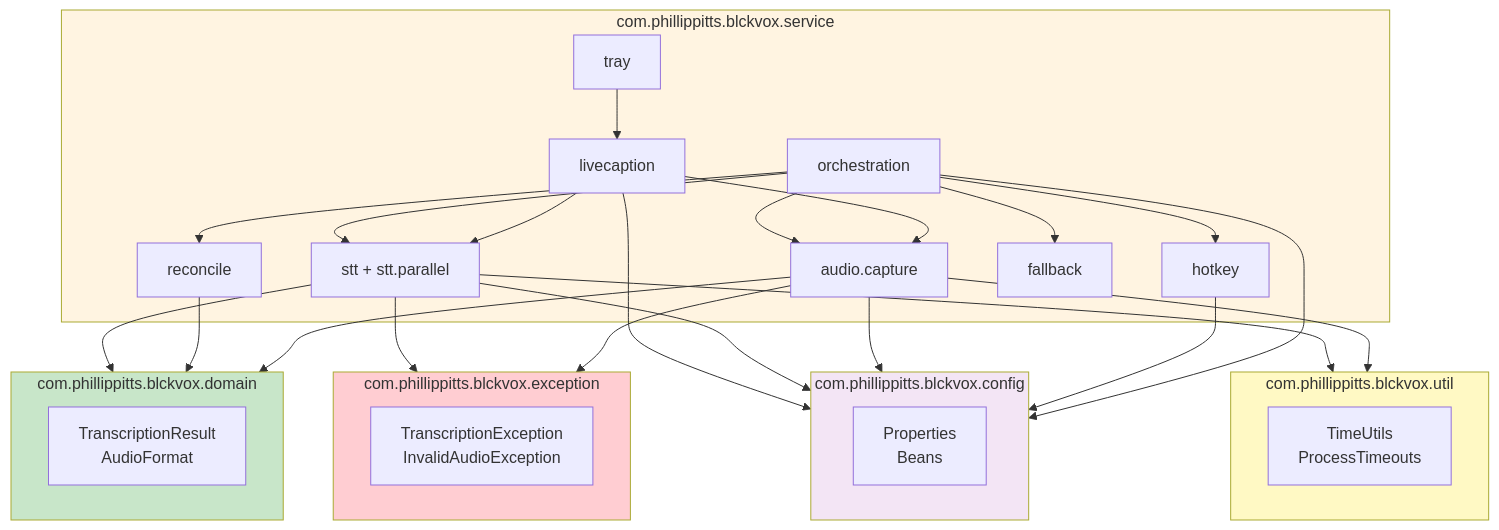
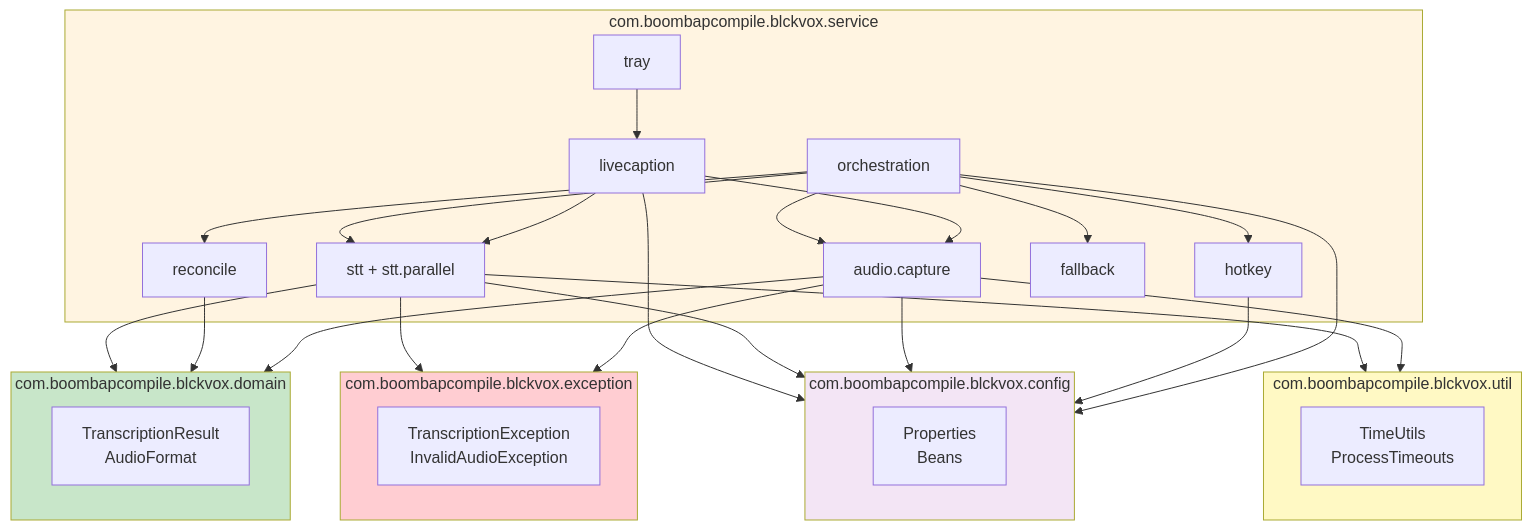
One commit to phillippitts/speakToMack changed the sixth of 9 diagrams in docs/diagrams/class-dependencies.md. Above: the diagram before and after it, drawn with Mermaid. The commit also changed other lines of this file and 499 other files, not shown here.

````diff
--- a/docs/diagrams/class-dependencies.md
+++ b/docs/diagrams/class-dependencies.md
@@ -259,59 +257,59 @@
 ```mermaid
 graph TB
-    subgraph service["com.phillippitts.blckvox.service"]
+    subgraph service["com.boombapcompile.blckvox.service"]
         Orch[orchestration]
         STT[stt + stt.parallel]
         Audio[audio.capture]
         Hotkey[hotkey]
         Reconcile[reconcile]
         Fallback[fallback]
         LiveCaption[livecaption]
         Tray[tray]
     end
 
-    subgraph domain["com.phillippitts.blckvox.domain"]
+    subgraph domain["com.boombapcompile.blckvox.domain"]
         Entities[TranscriptionResult<br/>AudioFormat]
     end
 
-    subgraph config["com.phillippitts.blckvox.config"]
+    subgraph config["com.boombapcompile.blckvox.config"]
         Props[Properties<br/>Beans]
     end
 
-    subgraph exception["com.phillippitts.blckvox.exception"]
+    subgraph exception["com.boombapcompile.blckvox.exception"]
         Exceptions[TranscriptionException<br/>InvalidAudioException]
     end
 
-    subgraph util["com.phillippitts.blckvox.util"]
+    subgraph util["com.boombapcompile.blckvox.util"]
         Utils[TimeUtils<br/>ProcessTimeouts]
     end
 
     Orch --> Audio
     Orch --> STT
     Orch --> Hotkey
     Orch --> Reconcile
     Orch --> Fallback
     STT --> domain
     Reconcile --> domain
     Audio --> domain
     LiveCaption --> Audio
     LiveCaption --> STT
     LiveCaption --> config
     Tray --> LiveCaption
 
     STT --> exception
     Audio --> exception
 
     STT --> config
     Audio --> config
     Hotkey --> config
     Orch --> config
 
     STT --> util
     Audio --> util
 
     style service fill:#fff4e1
     style domain fill:#c8e6c9
     style config fill:#f3e5f5
     style exception fill:#ffcdd2
     style util fill:#fff9c4
 ```
````
